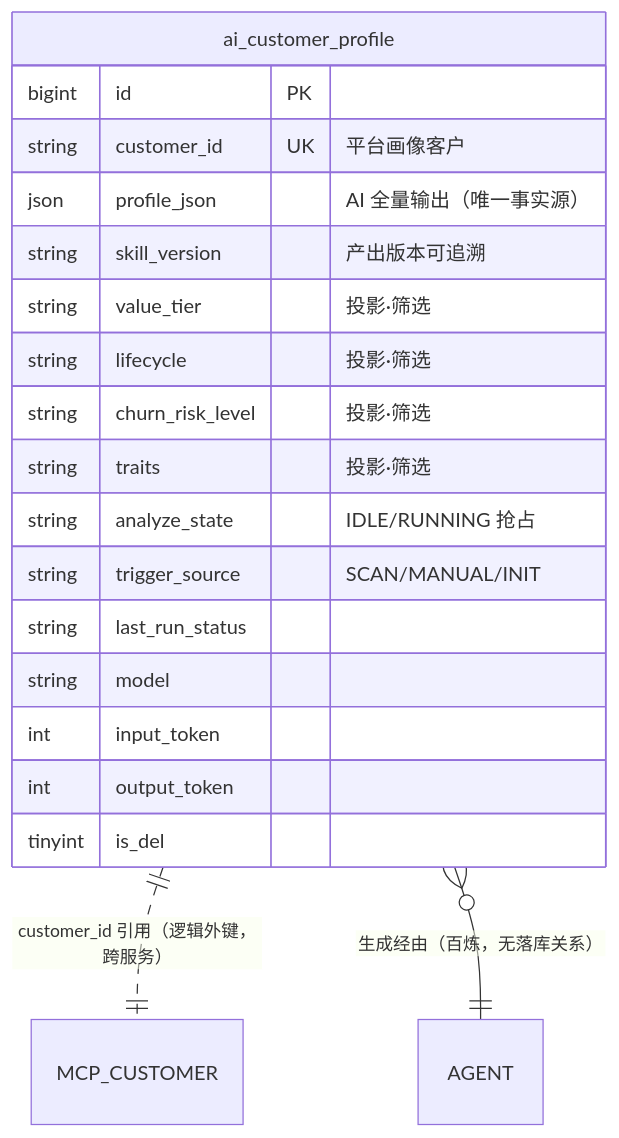
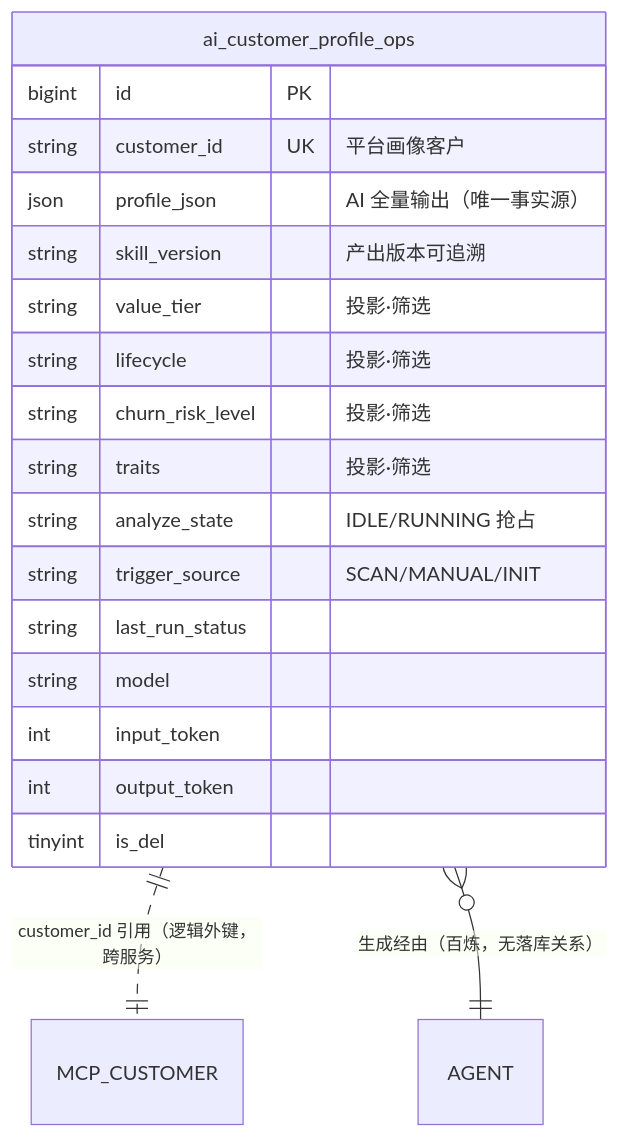
The diagram in requirements/customer-profile/ops/04-数据模型.md (ChiYouIc/ehub-ai-workbench-prd), drawn with Mermaid before and after one commit. The commit also changed other lines of this file and 22 other files, not shown here.

First line of the commit message:
feat(customer-profile): roadmap r4 修订——sales 定为画像一期，ops 后移二期冻结

````diff
--- a/requirements/customer-profile/ops/04-数据模型.md
+++ b/requirements/customer-profile/ops/04-数据模型.md
@@ -81,23 +81,23 @@
 ```mermaid
 erDiagram
-    ai_customer_profile ||..|| MCP_CUSTOMER : "customer_id 引用（逻辑外键，跨服务）"
-    ai_customer_profile }o--|| AGENT : "生成经由（百炼，无落库关系）"
+    ai_customer_profile_ops ||..|| MCP_CUSTOMER : "customer_id 引用（逻辑外键，跨服务）"
+    ai_customer_profile_ops }o--|| AGENT : "生成经由（百炼，无落库关系）"
 
-    ai_customer_profile {
+    ai_customer_profile_ops {
         bigint id PK
         string customer_id UK "平台画像客户"
         json profile_json "AI 全量输出（唯一事实源）"
         string skill_version "产出版本可追溯"
         string value_tier "投影·筛选"
         string lifecycle "投影·筛选"
         string churn_risk_level "投影·筛选"
         string traits "投影·筛选"
         string analyze_state "IDLE/RUNNING 抢占"
         string trigger_source "SCAN/MANUAL/INIT"
         string last_run_status
         string model
         int input_token
         int output_token
         tinyint is_del
     }
 ```
````
